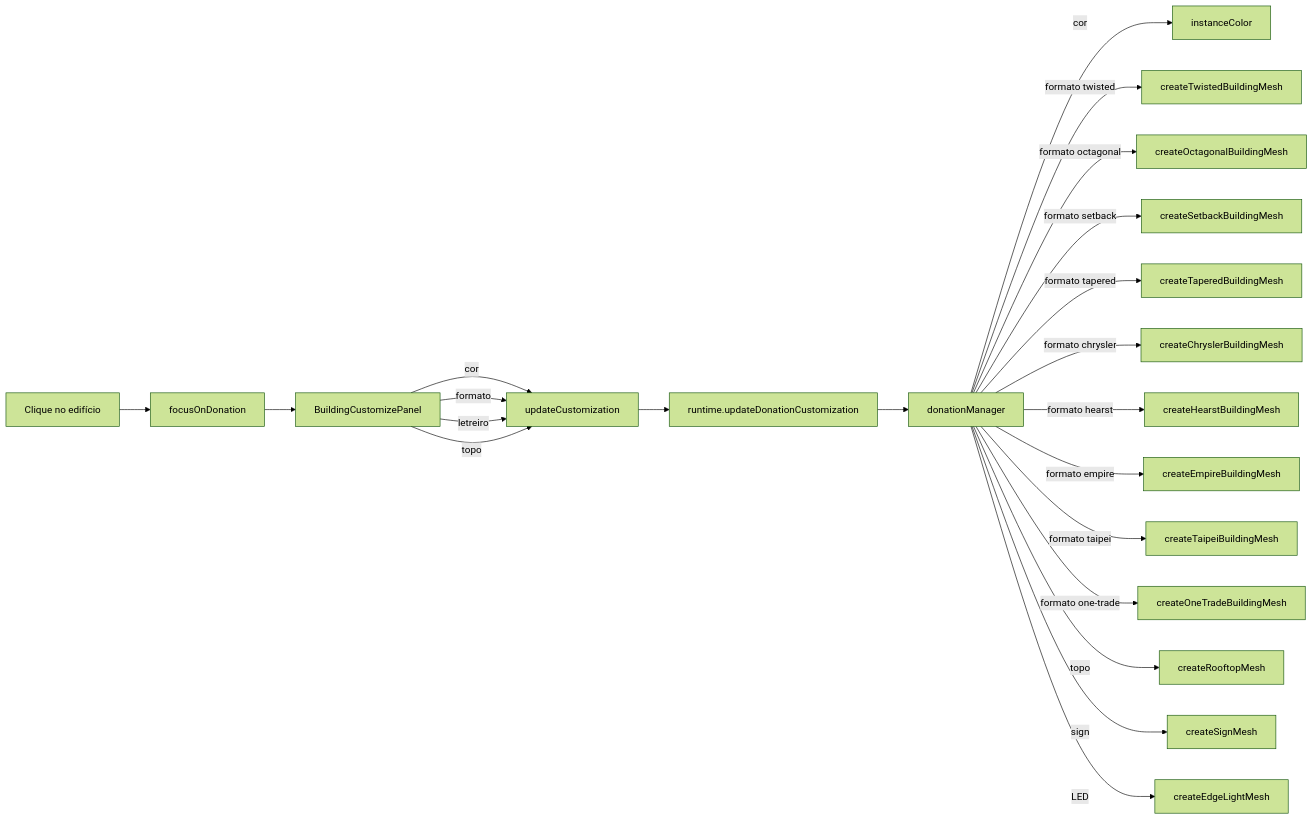
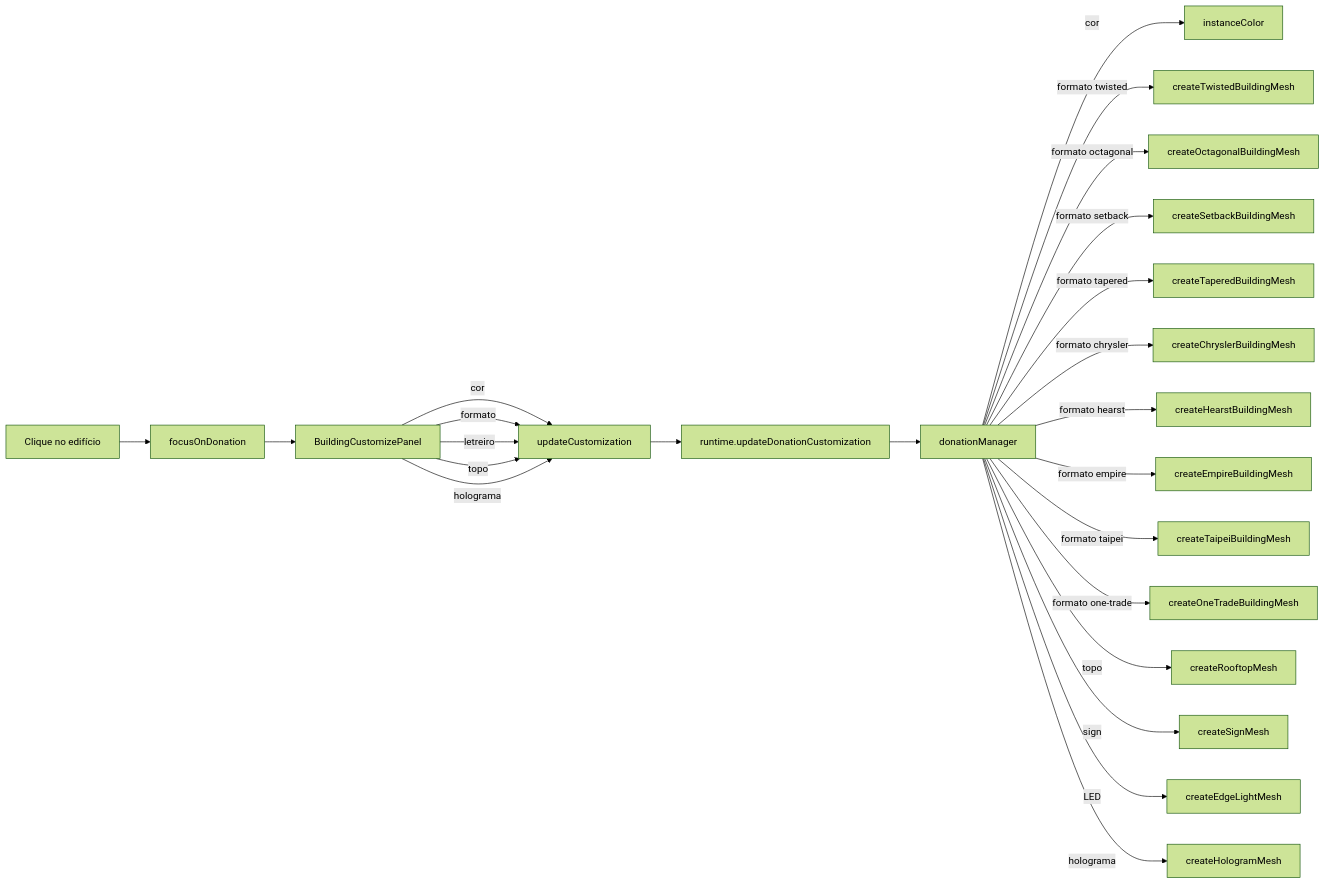
One commit to RaeII/pixcity changed the second of 2 diagrams in doc-pixcity/index.md. Above: the diagram before and after it, drawn with Mermaid (forest theme). The commit also changed other lines of this file and 7 other files, not shown here.

````diff
--- a/doc-pixcity/index.md
+++ b/doc-pixcity/index.md
@@ -203,24 +205,26 @@
 ```mermaid
 flowchart LR
     Click[Clique no edifício] --> Focus[focusOnDonation]
     Focus --> Panel[BuildingCustomizePanel]
     Panel --> |cor| UC[updateCustomization]
     Panel --> |formato| UC
     Panel --> |letreiro| UC
     Panel --> |topo| UC
+    Panel --> |holograma| UC
     UC --> Runtime[runtime.updateDonationCustomization]
     Runtime --> DM[donationManager]
     DM --> |cor| IC[instanceColor]
     DM --> |formato twisted| TW[createTwistedBuildingMesh]
     DM --> |formato octagonal| OC[createOctagonalBuildingMesh]
     DM --> |formato setback| SB[createSetbackBuildingMesh]
     DM --> |formato tapered| TP[createTaperedBuildingMesh]
     DM --> |formato chrysler| CH[createChryslerBuildingMesh]
     DM --> |formato hearst| HT[createHearstBuildingMesh]
     DM --> |formato empire| EM[createEmpireBuildingMesh]
     DM --> |formato taipei| TP101[createTaipeiBuildingMesh]
     DM --> |formato one-trade| OT[createOneTradeBuildingMesh]
     DM --> |topo| RM[createRooftopMesh]
     DM --> |sign| SM[createSignMesh]
     DM --> |LED| EL[createEdgeLightMesh]
+    DM --> |holograma| HM[createHologramMesh]
 ```
````
